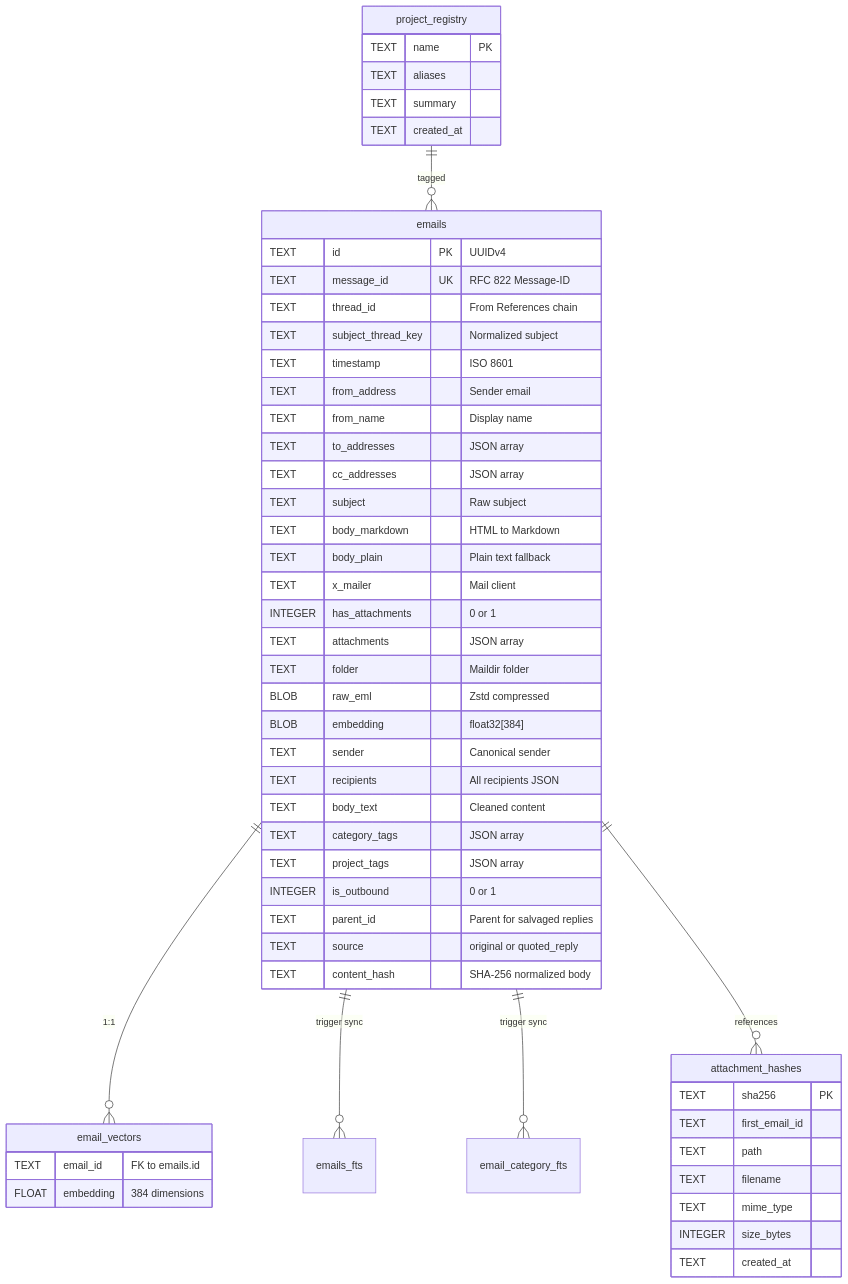
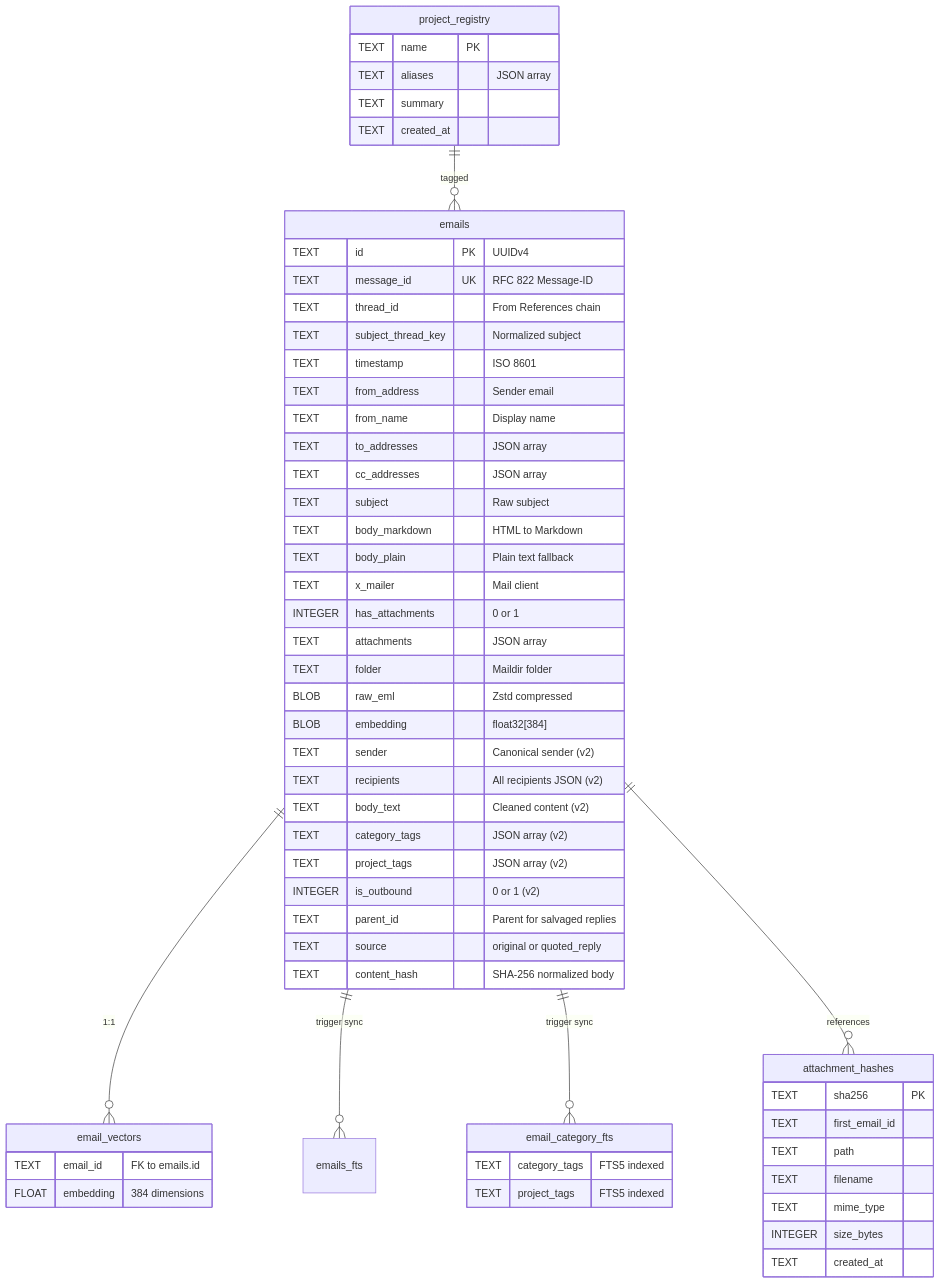
The sixth of 6 diagrams in README.md (thomasmaerz/emailindex), drawn with Mermaid before and after one commit. The commit also changed other lines of this file, not shown here.

````diff
--- a/README.md
+++ b/README.md
@@ -263,60 +382,65 @@
 ```mermaid
 erDiagram
     emails ||--o{ email_vectors : "1:1"
     emails ||--o{ emails_fts : "trigger sync"
     emails ||--o{ email_category_fts : "trigger sync"
     emails ||--o{ attachment_hashes : "references"
     project_registry ||--o{ emails : "tagged"
 
     emails {
         TEXT id PK "UUIDv4"
         TEXT message_id UK "RFC 822 Message-ID"
         TEXT thread_id "From References chain"
         TEXT subject_thread_key "Normalized subject"
         TEXT timestamp "ISO 8601"
         TEXT from_address "Sender email"
         TEXT from_name "Display name"
         TEXT to_addresses "JSON array"
         TEXT cc_addresses "JSON array"
         TEXT subject "Raw subject"
         TEXT body_markdown "HTML to Markdown"
         TEXT body_plain "Plain text fallback"
         TEXT x_mailer "Mail client"
         INTEGER has_attachments "0 or 1"
         TEXT attachments "JSON array"
         TEXT folder "Maildir folder"
         BLOB raw_eml "Zstd compressed"
         BLOB embedding "float32[384]"
-        TEXT sender "Canonical sender"
-        TEXT recipients "All recipients JSON"
-        TEXT body_text "Cleaned content"
-        TEXT category_tags "JSON array"
-        TEXT project_tags "JSON array"
-        INTEGER is_outbound "0 or 1"
+        TEXT sender "Canonical sender (v2)"
+        TEXT recipients "All recipients JSON (v2)"
+        TEXT body_text "Cleaned content (v2)"
+        TEXT category_tags "JSON array (v2)"
+        TEXT project_tags "JSON array (v2)"
+        INTEGER is_outbound "0 or 1 (v2)"
         TEXT parent_id "Parent for salvaged replies"
         TEXT source "original or quoted_reply"
         TEXT content_hash "SHA-256 normalized body"
     }
 
     email_vectors {
         TEXT email_id "FK to emails.id"
         FLOAT embedding "384 dimensions"
     }
 
     attachment_hashes {
         TEXT sha256 PK
         TEXT first_email_id
         TEXT path
         TEXT filename
         TEXT mime_type
         INTEGER size_bytes
         TEXT created_at
     }
 
     project_registry {
         TEXT name PK
-        TEXT aliases
+        TEXT aliases "JSON array"
         TEXT summary
         TEXT created_at
     }
+
+    email_category_fts {
+        TEXT category_tags "FTS5 indexed"
+        TEXT project_tags "FTS5 indexed"
+    }
 ```
````
